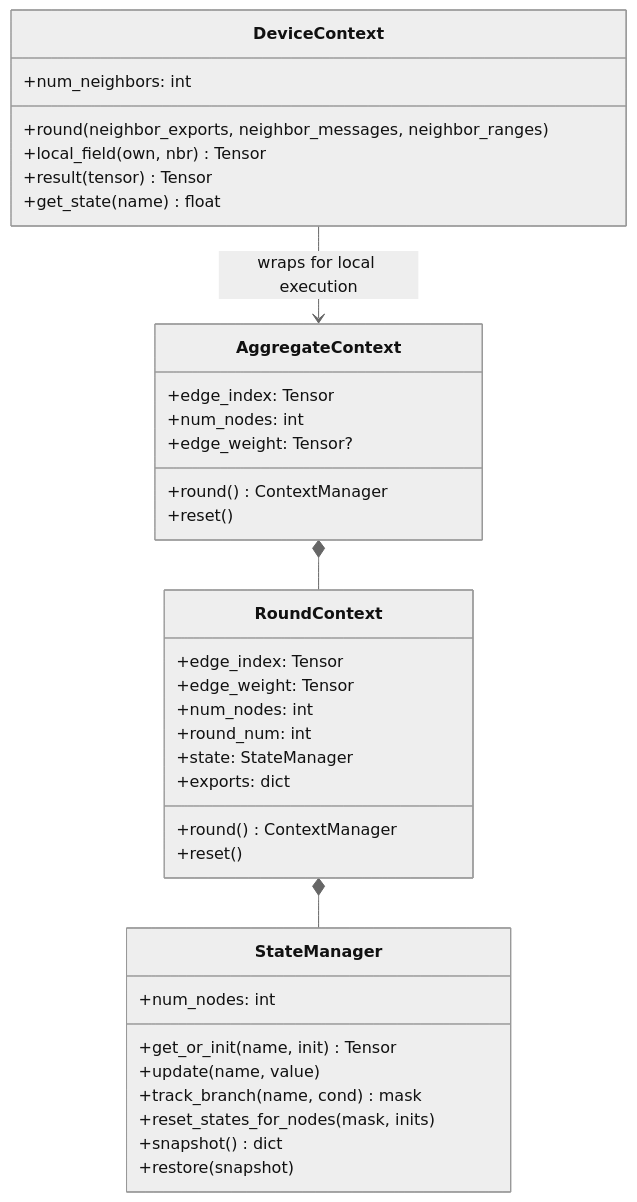
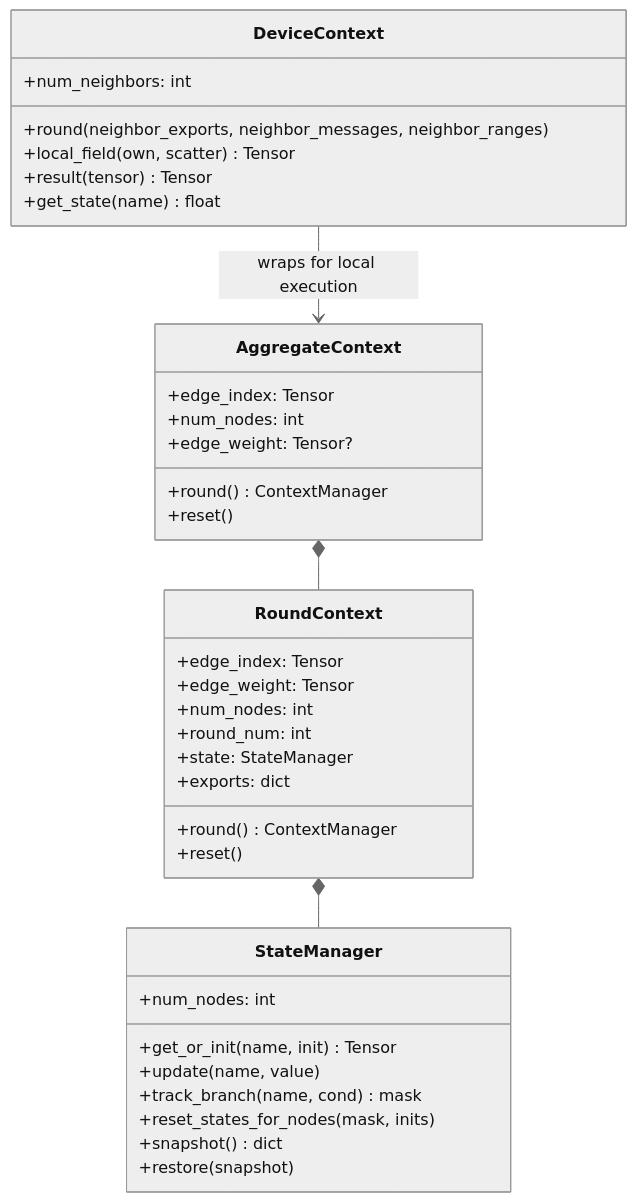
The second of 15 diagrams in docs/architecture.md (cric96/DifField), drawn with Mermaid (neutral theme) before and after one commit. The commit also changed other lines of this file and 48 other files, not shown here.

````diff
--- a/docs/architecture.md
+++ b/docs/architecture.md
@@ -84,43 +84,43 @@
 ```mermaid
 classDiagram
     class AggregateContext {
         +edge_index: Tensor
         +num_nodes: int
         +edge_weight: Tensor?
         +round() ContextManager
         +reset()
     }
 
     class RoundContext {
         +edge_index: Tensor
         +edge_weight: Tensor
         +num_nodes: int
         +round_num: int
         +state: StateManager
         +exports: dict
         +round() ContextManager
         +reset()
     }
 
     class StateManager {
         +num_nodes: int
         +get_or_init(name, init) Tensor
         +update(name, value)
         +track_branch(name, cond) mask
         +reset_states_for_nodes(mask, inits)
         +snapshot() dict
         +restore(snapshot)
     }
 
     class DeviceContext {
         +num_neighbors: int
         +round(neighbor_exports, neighbor_messages, neighbor_ranges)
-        +local_field(own, nbr) Tensor
+        +local_field(own, scatter) Tensor
         +result(tensor) Tensor
         +get_state(name) float
     }
 
     AggregateContext *-- RoundContext
     RoundContext *-- StateManager
     DeviceContext --> AggregateContext : wraps for local execution
 ```
````
